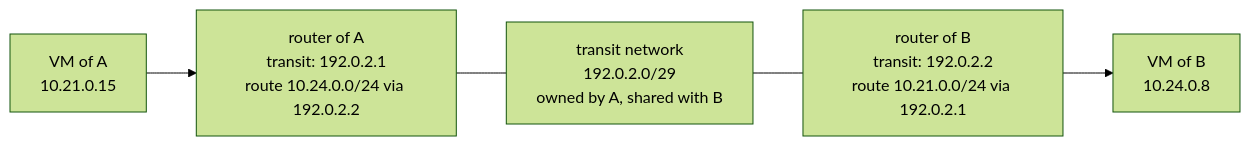
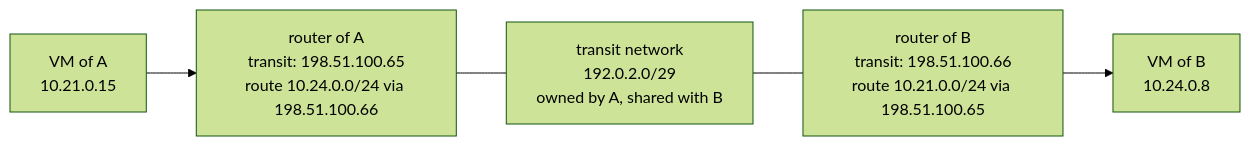
Before and after one commit to CyprisTech/openstack-multitenant-reference: the diagram in docs/concepts/connecting-tenants.md, drawn with Mermaid (forest theme). The commit also changed other lines of this file and 45 other files, not shown here.

````diff
--- a/docs/concepts/connecting-tenants.md
+++ b/docs/concepts/connecting-tenants.md
@@ -15,7 +15,7 @@
 ```mermaid
 flowchart LR
-    VA["VM of A<br/>10.21.0.15"] --> RA["router of A<br/>transit: 192.0.2.1<br/>route 10.24.0.0/24 via 192.0.2.2"]
+    VA["VM of A<br/>10.21.0.15"] --> RA["router of A<br/>transit: 198.51.100.65<br/>route 10.24.0.0/24 via 198.51.100.66"]
     RA --- T["transit network<br/>192.0.2.0/29<br/>owned by A, shared with B"]
-    T --- RB["router of B<br/>transit: 192.0.2.2<br/>route 10.21.0.0/24 via 192.0.2.1"]
+    T --- RB["router of B<br/>transit: 198.51.100.66<br/>route 10.21.0.0/24 via 198.51.100.65"]
     RB --> VB["VM of B<br/>10.24.0.8"]
 ```
````
